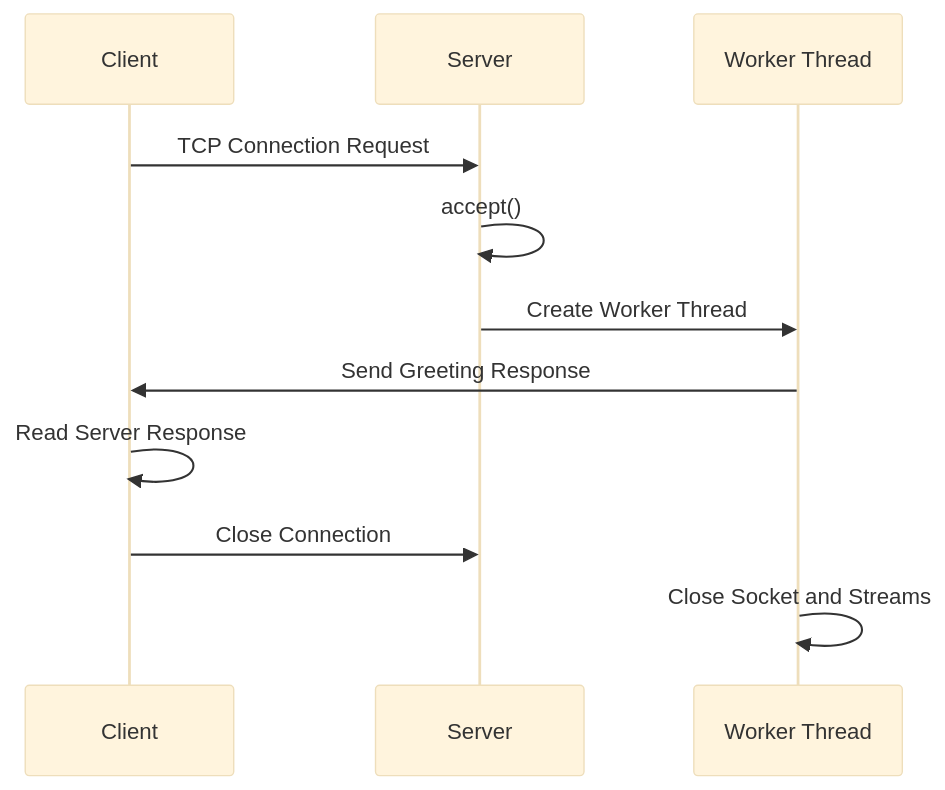
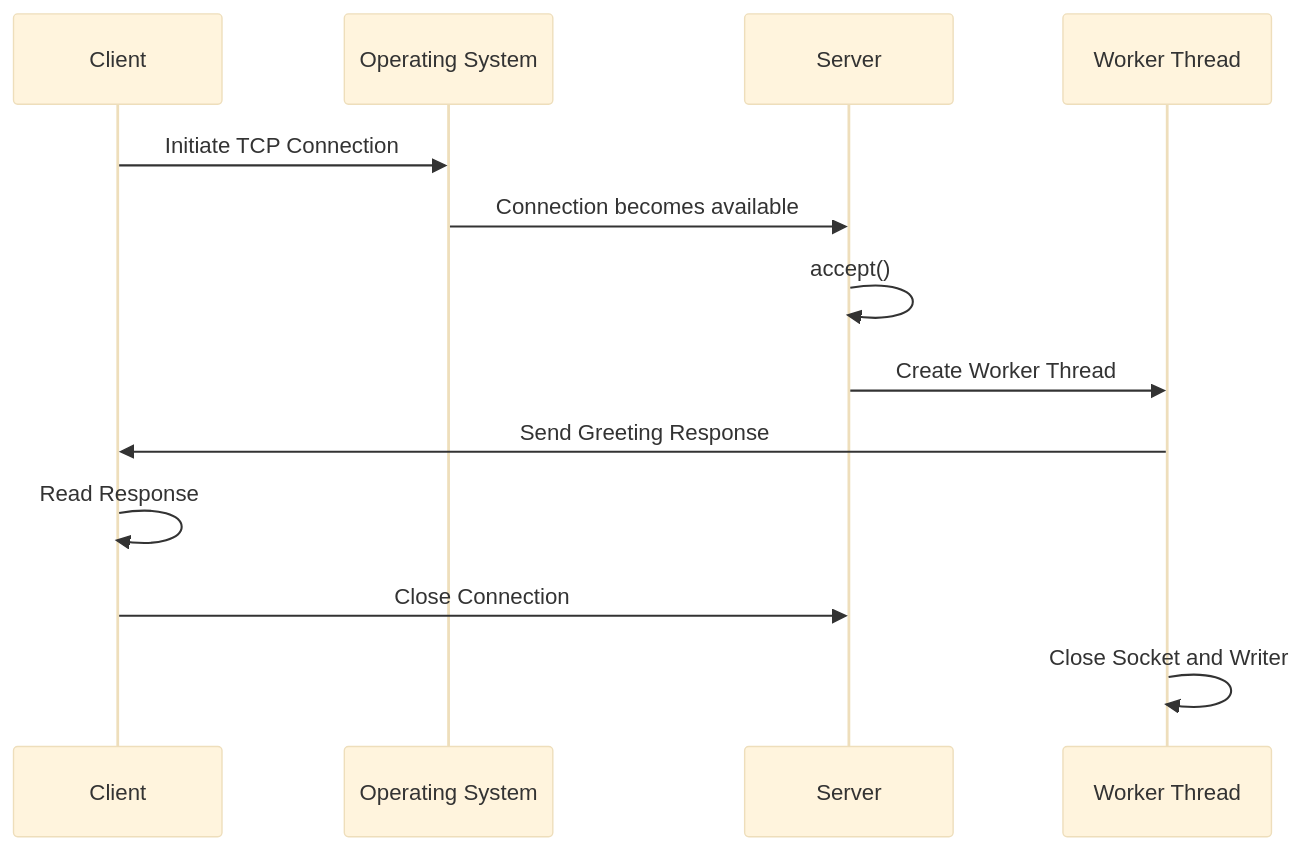
The second of 3 diagrams in README.md (Mayank1036/Multithreaded-web-server), drawn with Mermaid (base theme) before and after one commit. The commit also changed other lines of this file, not shown here.

````diff
--- a/README.md
+++ b/README.md
@@ -238,14 +251,16 @@
 ```mermaid
 sequenceDiagram
     participant C as Client
+    participant OS as Operating System
     participant S as Server
     participant W as Worker Thread
 
-    C->>S: TCP Connection Request
+    C->>OS: Initiate TCP Connection
+    OS->>S: Connection becomes available
     S->>S: accept()
     S->>W: Create Worker Thread
     W->>C: Send Greeting Response
-    C->>C: Read Server Response
+    C->>C: Read Response
     C->>S: Close Connection
-    W->>W: Close Socket and Streams
+    W->>W: Close Socket and Writer
 ```
````
